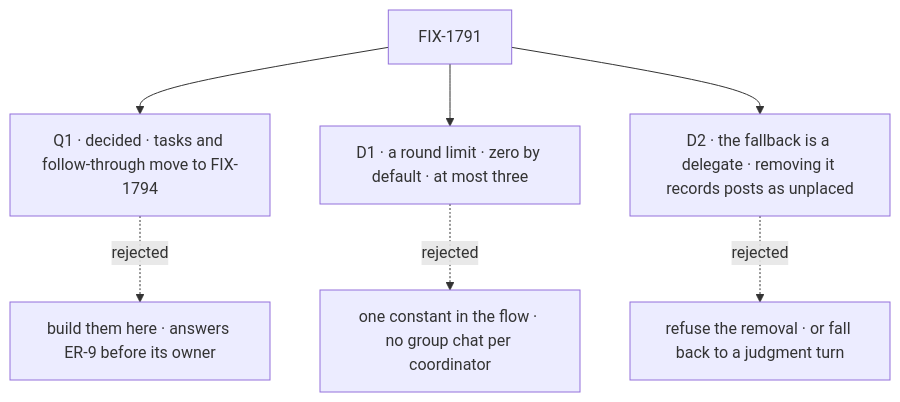
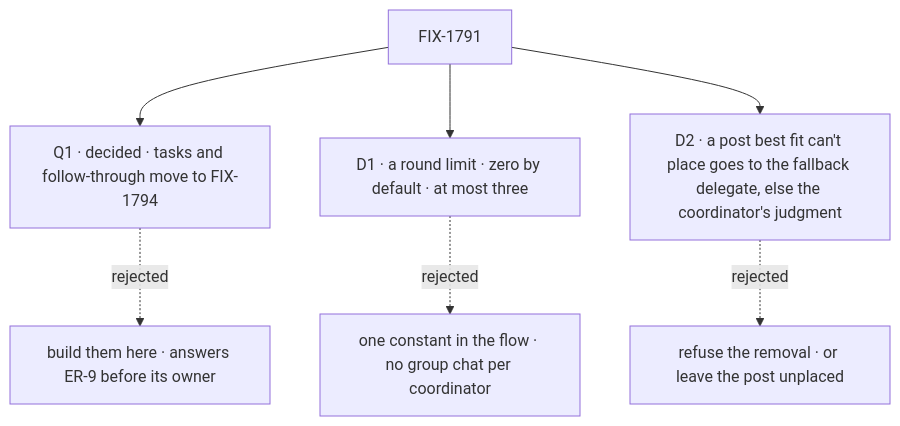
The diagram in specs/issues/FIX-1791/DECISIONS.md (fixpoint-labs/flow-state-dev), drawn with Mermaid before and after one commit. The commit also changed other lines of this file and 13 other files, not shown here.

````diff
--- a/specs/issues/FIX-1791/DECISIONS.md
+++ b/specs/issues/FIX-1791/DECISIONS.md
@@ -13,9 +13,9 @@
 ```mermaid
 flowchart TD
   I["FIX-1791"] --> Q1["Q1 · decided · tasks and follow-through move to FIX-1794"]
   Q1 -.->|"rejected"| X0["build them here · answers ER-9 before its owner"]
   I --> D1["D1 · a round limit · zero by default · at most three"]
   D1 -.->|"rejected"| X1["one constant in the flow · no group chat per coordinator"]
-  I --> D2["D2 · the fallback is a delegate · removing it records posts as unplaced"]
-  D2 -.->|"rejected"| X2["refuse the removal · or fall back to a judgment turn"]
+  I --> D2["D2 · a post best fit can't place goes to the fallback delegate, else the coordinator's judgment"]
+  D2 -.->|"rejected"| X2["refuse the removal · or leave the post unplaced"]
 ```
````
